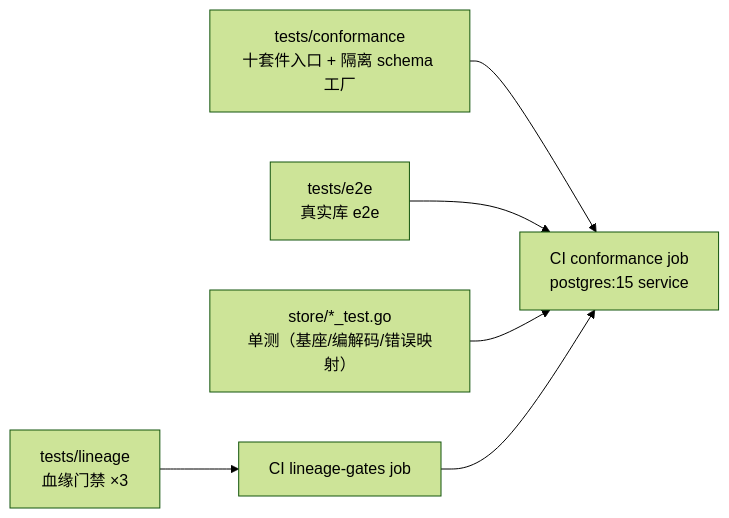
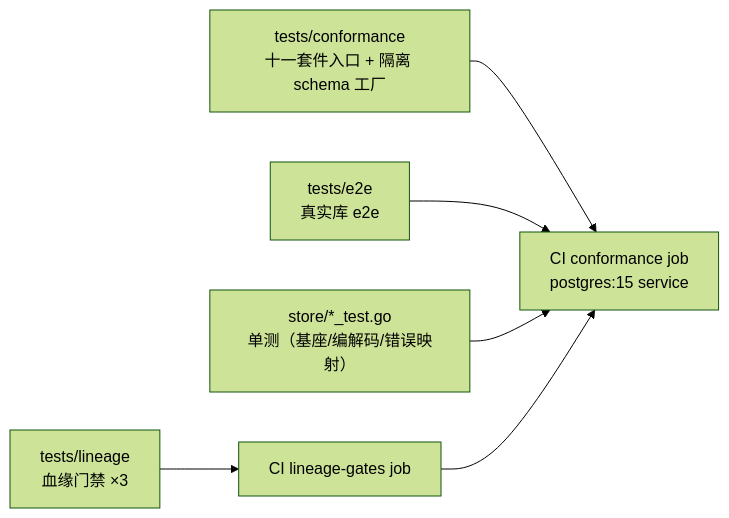
One commit to gonewx/wicket-pg changed the third of 3 diagrams in docs/architecture.md. Above: the diagram before and after it, drawn with Mermaid (forest theme). The commit also changed other lines of this file and 27 other files, not shown here.

````diff
--- a/docs/architecture.md
+++ b/docs/architecture.md
@@ -136,8 +138,8 @@
 ```mermaid
 flowchart LR
     L["tests/lineage<br/>血缘门禁 ×3"] --> G["CI lineage-gates job"]
-    C["tests/conformance<br/>十套件入口 + 隔离 schema 工厂"] --> G2["CI conformance job<br/>postgres:15 service"]
+    C["tests/conformance<br/>十一套件入口 + 隔离 schema 工厂"] --> G2["CI conformance job<br/>postgres:15 service"]
     E["tests/e2e<br/>真实库 e2e"] --> G2
     U["store/*_test.go<br/>单测（基座/编解码/错误映射）"] --> G2
     G --> G2
 ```
````
